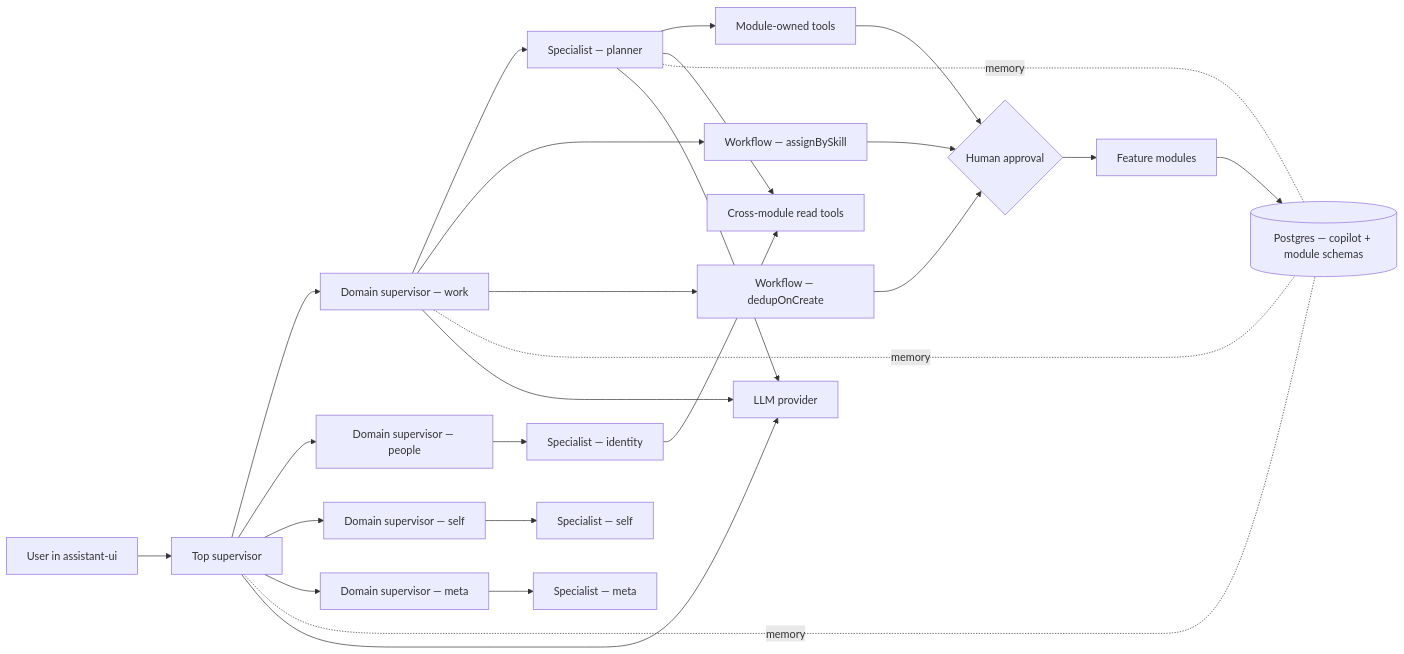
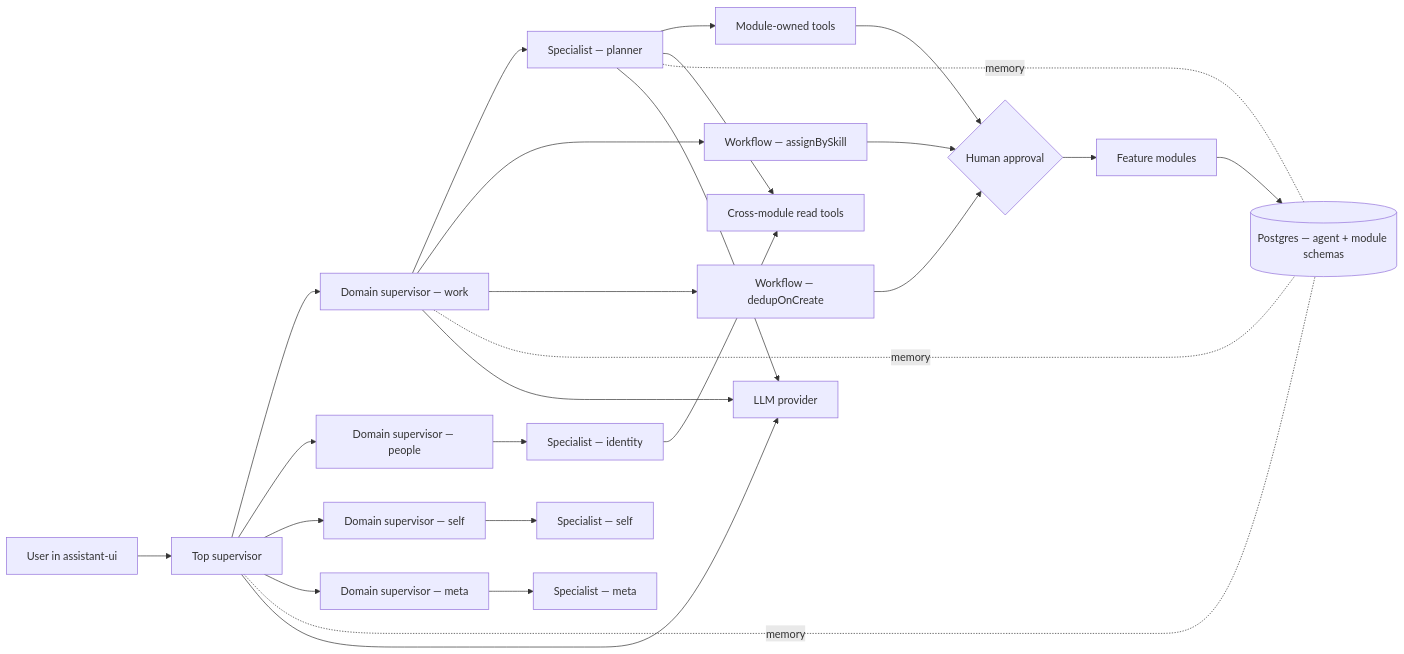
The first of 8 diagrams in docs/agent-architecture.md (Seta-International/agent-platform), drawn with Mermaid before and after one commit. The commit also changed other lines of this file and 34 other files, not shown here.

First line of the commit message:
fix: replace all remaining copilot references with agent across repo

````diff
--- a/docs/agent-architecture.md
+++ b/docs/agent-architecture.md
@@ -27,47 +27,47 @@
 ```mermaid
 flowchart LR
     User[User in assistant-ui]
     Top[Top supervisor]
     DomW[Domain supervisor — work]
     DomP[Domain supervisor — people]
     DomS[Domain supervisor — self]
     DomM[Domain supervisor — meta]
     SpPlan[Specialist — planner]
     SpId[Specialist — identity]
     SpSelf[Specialist — self]
     SpMeta[Specialist — meta]
     WfABS[Workflow — assignBySkill]
     WfDOC[Workflow — dedupOnCreate]
     Tools[Module-owned tools]
     XRead[Cross-module read tools]
     HITL{Human approval}
     Mods[Feature modules]
-    PG[(Postgres — copilot + module schemas)]
+    PG[(Postgres — agent + module schemas)]
     LLM[LLM provider]
 
     User --> Top
     Top --> DomW
     Top --> DomP
     Top --> DomS
     Top --> DomM
     DomW --> SpPlan
     DomW --> WfABS
     DomW --> WfDOC
     DomP --> SpId
     DomS --> SpSelf
     DomM --> SpMeta
     SpPlan --> Tools
     SpPlan --> XRead
     SpId --> XRead
     Tools --> HITL
     WfABS --> HITL
     WfDOC --> HITL
     HITL --> Mods
     Mods --> PG
     Top -. memory .- PG
     DomW -. memory .- PG
     SpPlan -. memory .- PG
     Top --> LLM
     DomW --> LLM
     SpPlan --> LLM
 ```
````
